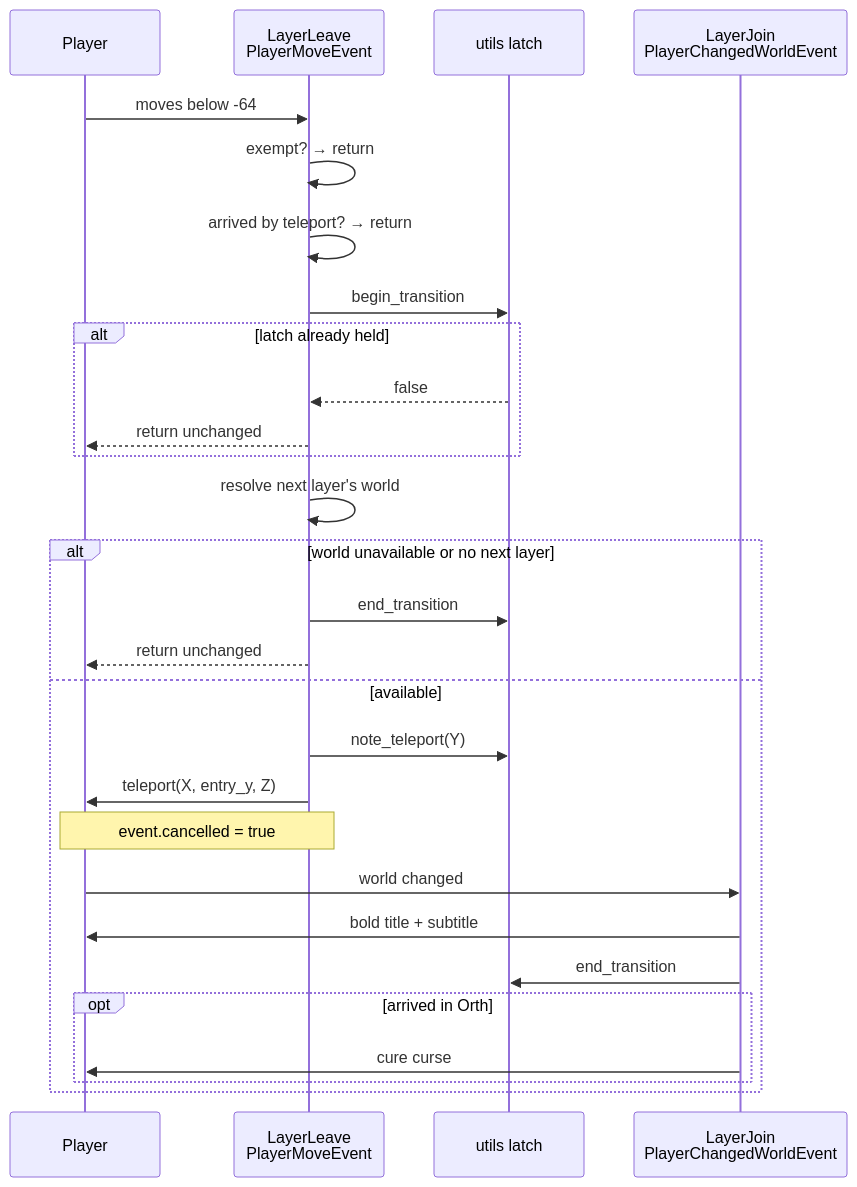
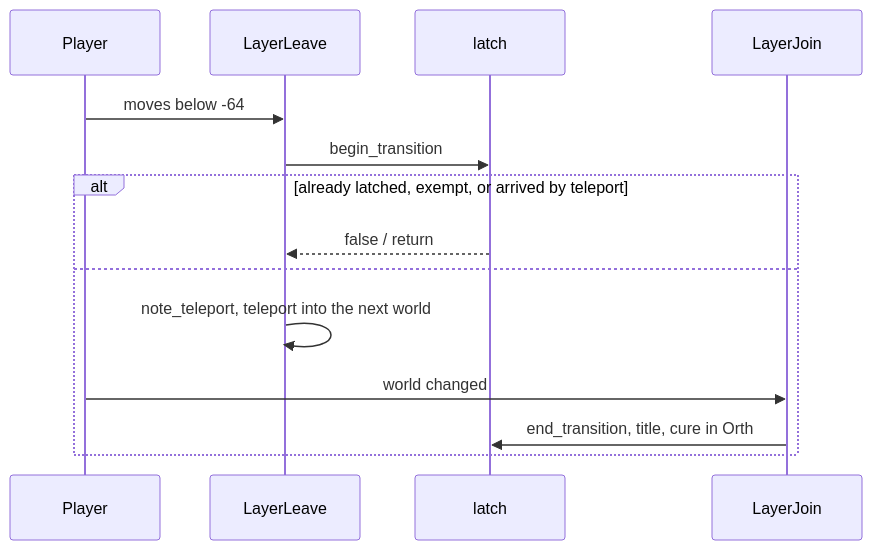
Before and after one commit to XodiumSoftware/mine-in-abyss: the second of 2 diagrams in ARCHITECTURE.md, drawn with Mermaid. The commit also changed other lines of this file and 244 other files, not shown here.

````diff
--- a/ARCHITECTURE.md
+++ b/ARCHITECTURE.md
@@ -162,31 +42,16 @@
 ```mermaid
 sequenceDiagram
     participant P as Player
-    participant MV as LayerLeave<br/>PlayerMoveEvent
-    participant U as utils latch
-    participant J as LayerJoin<br/>PlayerChangedWorldEvent
-
+    participant MV as LayerLeave
+    participant U as latch
+    participant J as LayerJoin
     P->>MV: moves below -64
-    MV->>MV: exempt? → return
-    MV->>MV: arrived by teleport? → return
     MV->>U: begin_transition
-    alt latch already held
-        U-->>MV: false
-        MV-->>P: return unchanged
-    end
-    MV->>MV: resolve next layer's world
-    alt world unavailable or no next layer
-        MV->>U: end_transition
-        MV-->>P: return unchanged
-    else available
-        MV->>U: note_teleport(Y)
-        MV->>P: teleport(X, entry_y, Z)
-        Note over MV,P: event.cancelled = true
+    alt already latched, exempt, or arrived by teleport
+        U-->>MV: false / return
+    else
+        MV->>MV: note_teleport, teleport into the next world
         P->>J: world changed
-        J->>P: bold title + subtitle
-        J->>U: end_transition
-        opt arrived in Orth
-            J->>P: cure curse
-        end
+        J->>U: end_transition, title, cure in Orth
     end
 ```
````
